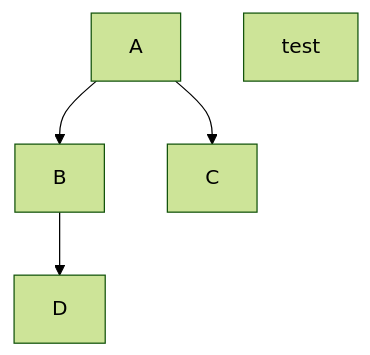
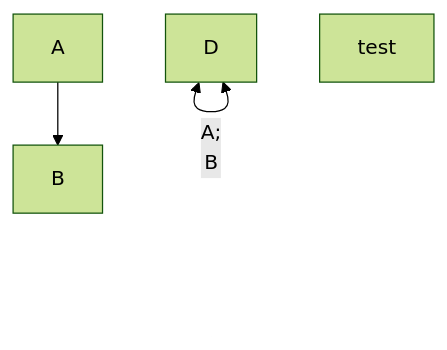
Before and after one commit to consulan/killercoda-test-gitclone: the diagram in README.md, drawn with Mermaid (forest theme).

````diff
--- a/README.md
+++ b/README.md
@@ -10,8 +10,8 @@
  ```mermaid
  graph TD;
     A-->B;
-    A-->C;
+    D<--A;
     B-->D;
   test
   test
 ```
````
